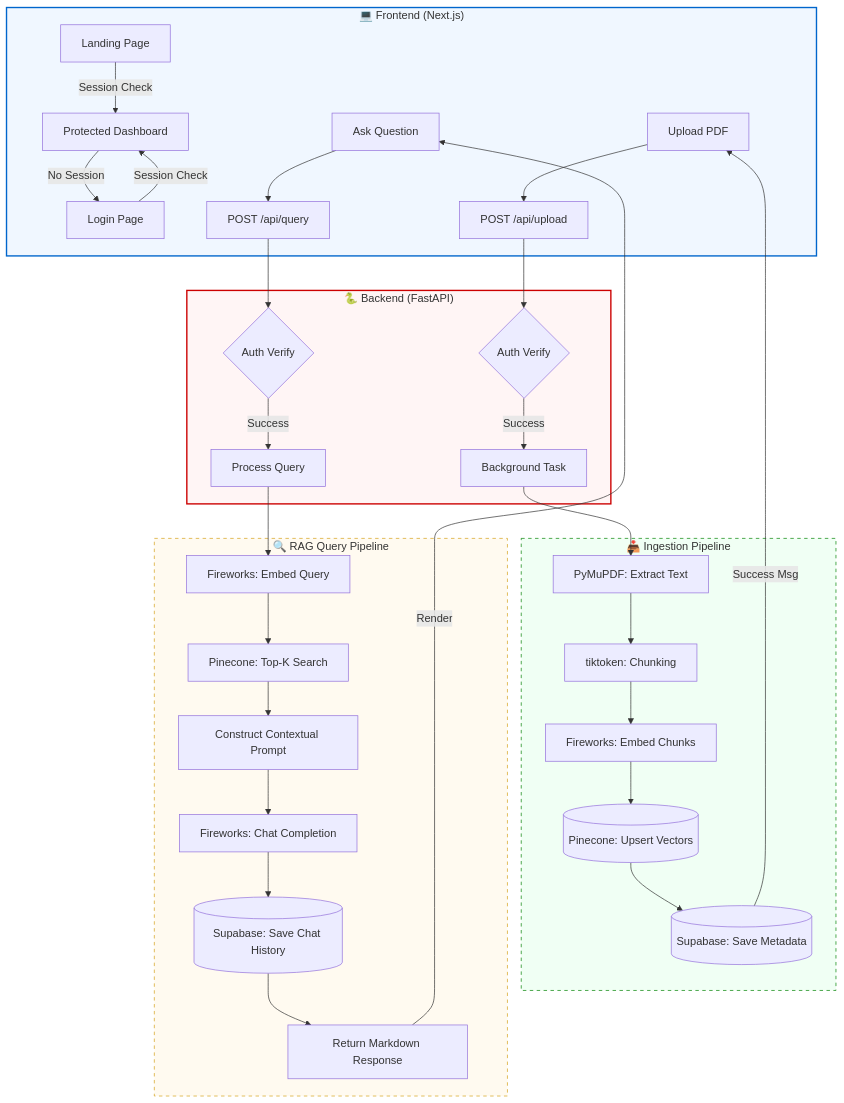
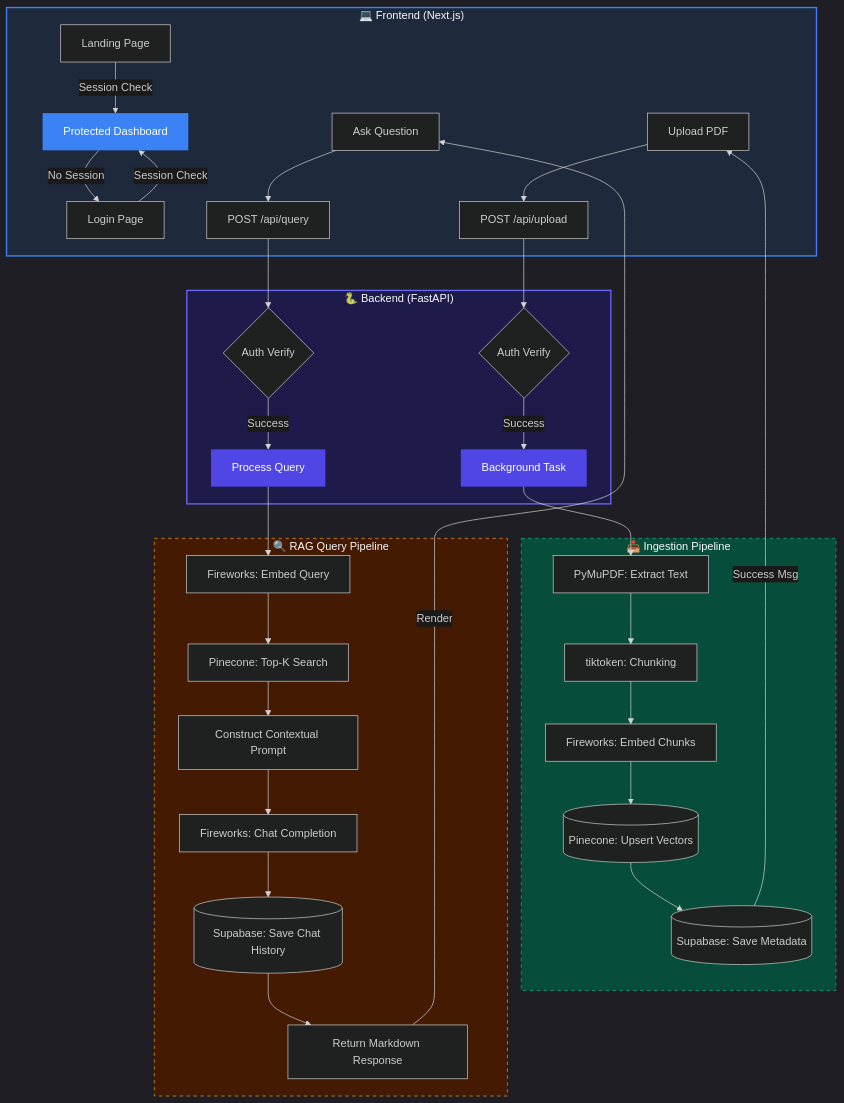
Before and after one commit to laukik-24/Study-Brain: the diagram in DIAGRAM.md, drawn with Mermaid. The commit also changed other lines of this file, not shown here.

Commit message:
Optimize architecture diagram for dark mode

````diff
--- a/DIAGRAM.md
+++ b/DIAGRAM.md
@@ -5,44 +5,51 @@
 ```mermaid
+%%{init: {'theme': 'dark', 'themeVariables': { 'primaryColor': '#3b82f6', 'edgeLabelBackground':'#1a1a1a', 'tertiaryColor': '#1a1a1a'}}}%%
 graph TD
     subgraph User_Interface ["💻 Frontend (Next.js)"]
         Landing[Landing Page] -->|Session Check| Dashboard
         Login[Login Page] -->|Session Check| Dashboard
         Dashboard[Protected Dashboard] -->|No Session| Login
         
         A[Upload PDF] --> B[POST /api/upload]
         C[Ask Question] --> D[POST /api/query]
     end
 
     subgraph API_Gateway ["🐍 Backend (FastAPI)"]
         B --> B1{Auth Verify}
         B1 -- Success --> B2[Background Task]
         
         D --> D1{Auth Verify}
         D1 -- Success --> D2[Process Query]
     end
 
     subgraph Ingestion_Flow ["📥 Ingestion Pipeline"]
         B2 --> E[PyMuPDF: Extract Text]
         E --> F[tiktoken: Chunking]
         F --> G[Fireworks: Embed Chunks]
         G --> H[(Pinecone: Upsert Vectors)]
         H --> I[(Supabase: Save Metadata)]
     end
 
     subgraph Query_Flow ["🔍 RAG Query Pipeline"]
         D2 --> J[Fireworks: Embed Query]
         J --> K[Pinecone: Top-K Search]
         K --> L[Construct Contextual Prompt]
         L --> M[Fireworks: Chat Completion]
         M --> N[(Supabase: Save Chat History)]
         N --> O[Return Markdown Response]
     end
 
     O --> |Render| C
     I --> |Success Msg| A
 
-    style User_Interface fill:#f0f7ff,stroke:#0066cc,stroke-width:2px
-    style API_Gateway fill:#fff5f5,stroke:#cc0000,stroke-width:2px
-    style Ingestion_Flow fill:#f0fff4,stroke:#008000,stroke-dasharray: 5 5
-    style Query_Flow fill:#fffaf0,stroke:#d4a017,stroke-dasharray: 5 5
+    %% Dark Mode Styles
+    style User_Interface fill:#1e293b,stroke:#3b82f6,stroke-width:2px,color:#f8fafc
+    style API_Gateway fill:#1e1b4b,stroke:#6366f1,stroke-width:2px,color:#f8fafc
+    style Ingestion_Flow fill:#064e3b,stroke:#10b981,stroke-dasharray: 5 5,color:#f8fafc
+    style Query_Flow fill:#451a03,stroke:#f59e0b,stroke-dasharray: 5 5,color:#f8fafc
+    
+    %% Node Specific Styles
+    style Dashboard fill:#3b82f6,color:#fff,stroke-width:0px
+    style B2 fill:#4f46e5,color:#fff,stroke-width:0px
+    style D2 fill:#4f46e5,color:#fff,stroke-width:0px
 ```
````
